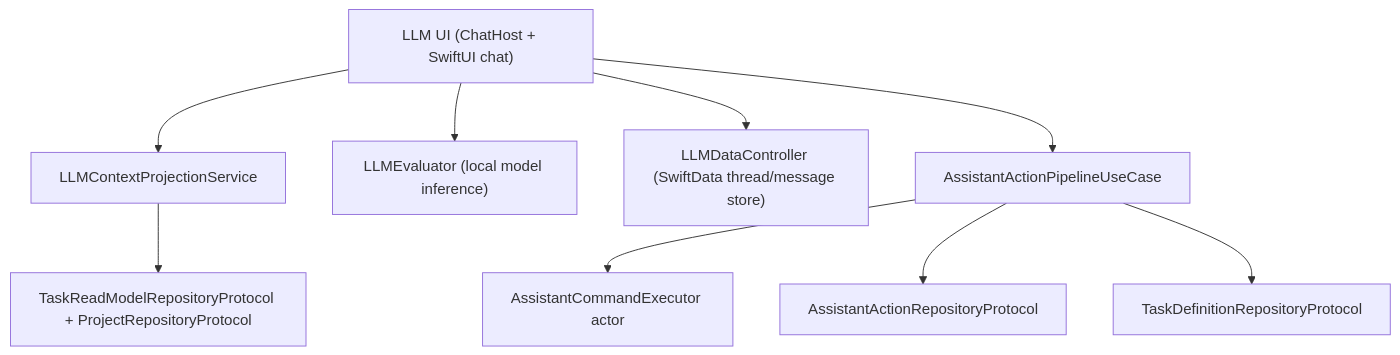
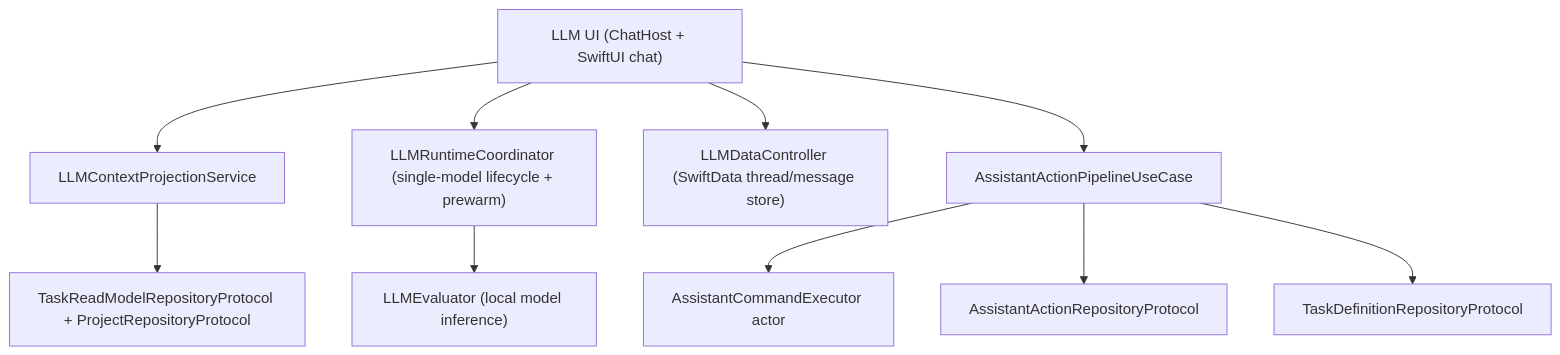
One commit to Saransh-Sharma/Tasker changed the diagram in docs/architecture/llm-assistant-stack-v2.md. Above: the diagram before and after it, drawn with Mermaid. The commit also changed other lines of this file and 1 other file, not shown here.

First line of the commit message:
docs(llm): document runtime coordinator and context timeout

````diff
--- a/docs/architecture/llm-assistant-stack-v2.md
+++ b/docs/architecture/llm-assistant-stack-v2.md
@@ -22,12 +24,13 @@
 ```mermaid
 flowchart TD
     UI["LLM UI (ChatHost + SwiftUI chat)"] --> CCTX["LLMContextProjectionService"]
     CCTX --> READ["TaskReadModelRepositoryProtocol + ProjectRepositoryProtocol"]
-    UI --> EVAL["LLMEvaluator (local model inference)"]
+    UI --> RUNTIME["LLMRuntimeCoordinator (single-model lifecycle + prewarm)"]
+    RUNTIME --> EVAL["LLMEvaluator (local model inference)"]
     UI --> STORE["LLMDataController (SwiftData thread/message store)"]
 
     UI --> PIPE["AssistantActionPipelineUseCase"]
     PIPE --> EXEC["AssistantCommandExecutor actor"]
     PIPE --> AR["AssistantActionRepositoryProtocol"]
     PIPE --> TR["TaskDefinitionRepositoryProtocol"]
 ```
````
